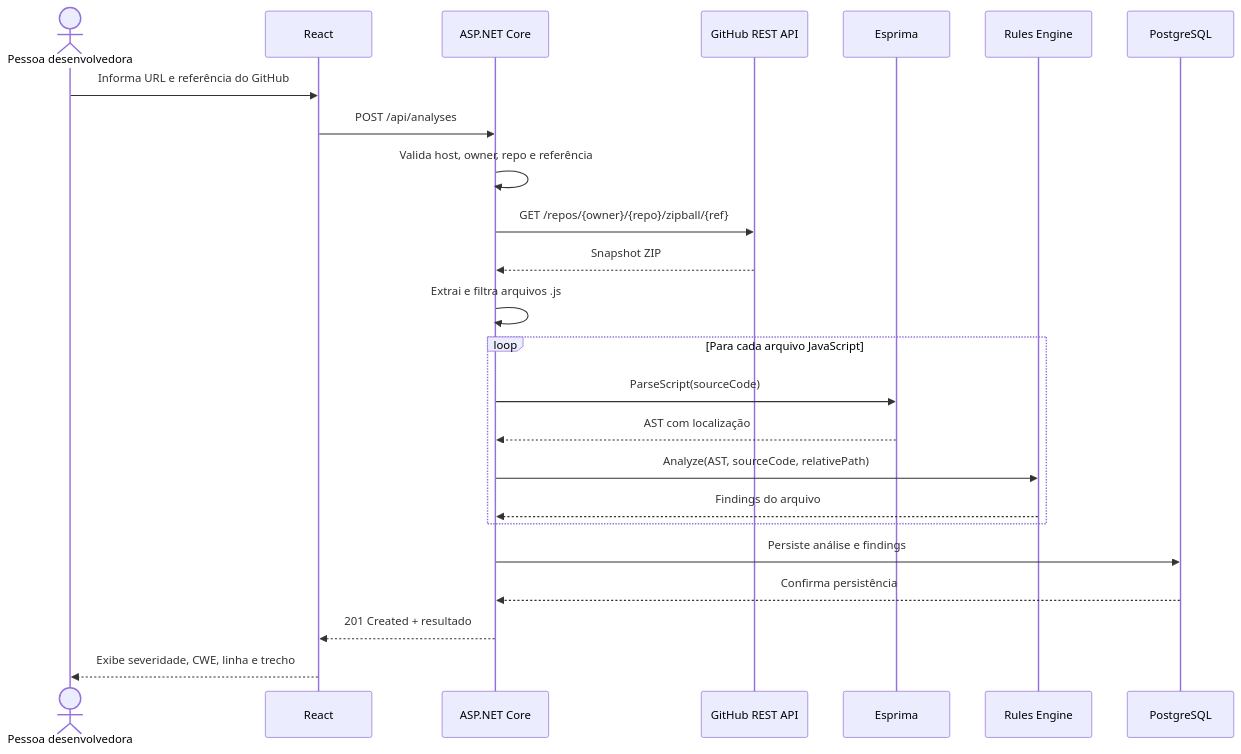
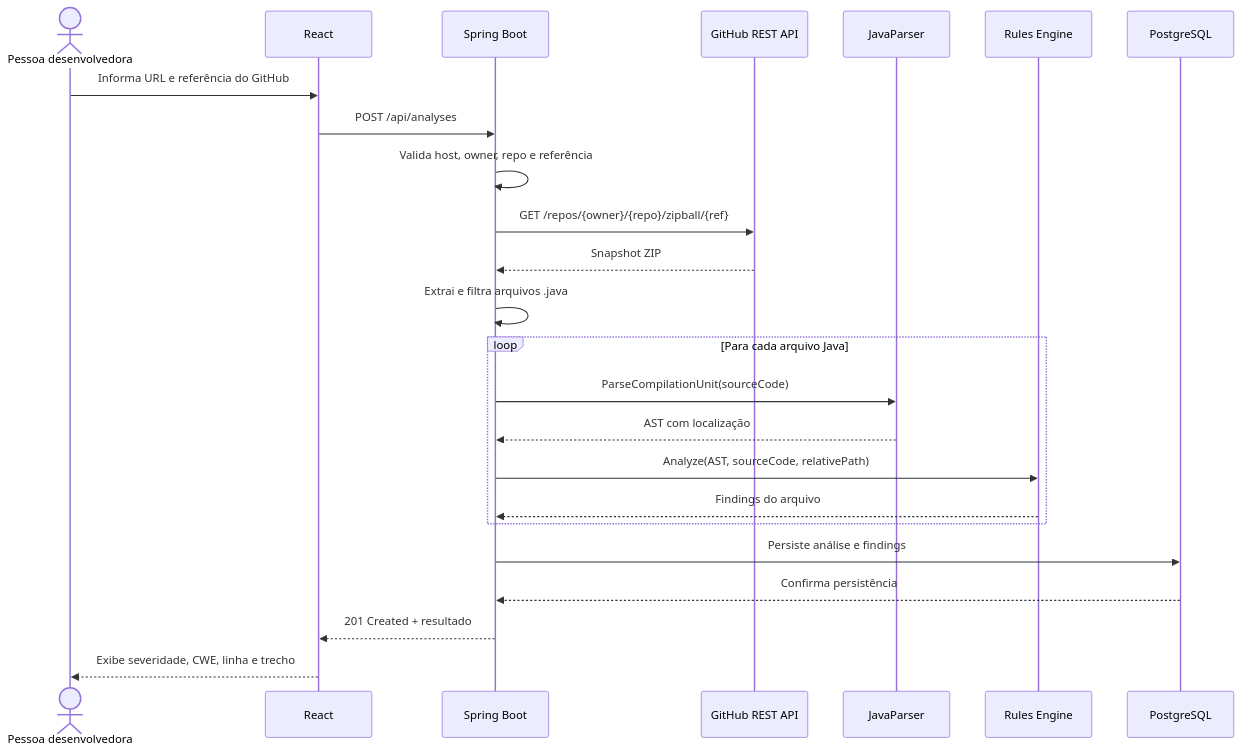
One commit to EduDalla/plataforma-sast changed the third of 3 diagrams in docs/CP1-Implementacao-Fundacao-e-Parsers.md. Above: the diagram before and after it, drawn with Mermaid. The commit also changed other lines of this file and 39 other files, not shown here.

Commit message:
Modificando sistema para identificar vulnerabilidades JAVA

````diff
--- a/docs/CP1-Implementacao-Fundacao-e-Parsers.md
+++ b/docs/CP1-Implementacao-Fundacao-e-Parsers.md
@@ -95,27 +93,27 @@
 ```mermaid
 sequenceDiagram
     actor Dev as Pessoa desenvolvedora
     participant Web as React
-    participant Api as ASP.NET Core
+    participant Api as Spring Boot
     participant GitHub as GitHub REST API
-    participant Parser as Esprima
+    participant Parser as JavaParser
     participant Rules as Rules Engine
     participant Db as PostgreSQL
 
     Dev->>Web: Informa URL e referência do GitHub
     Web->>Api: POST /api/analyses
     Api->>Api: Valida host, owner, repo e referência
     Api->>GitHub: GET /repos/{owner}/{repo}/zipball/{ref}
     GitHub-->>Api: Snapshot ZIP
-    Api->>Api: Extrai e filtra arquivos .js
-    loop Para cada arquivo JavaScript
-        Api->>Parser: ParseScript(sourceCode)
+    Api->>Api: Extrai e filtra arquivos .java
+    loop Para cada arquivo Java
+        Api->>Parser: ParseCompilationUnit(sourceCode)
         Parser-->>Api: AST com localização
         Api->>Rules: Analyze(AST, sourceCode, relativePath)
         Rules-->>Api: Findings do arquivo
     end
     Api->>Db: Persiste análise e findings
     Db-->>Api: Confirma persistência
     Api-->>Web: 201 Created + resultado
     Web-->>Dev: Exibe severidade, CWE, linha e trecho
 ```
````
